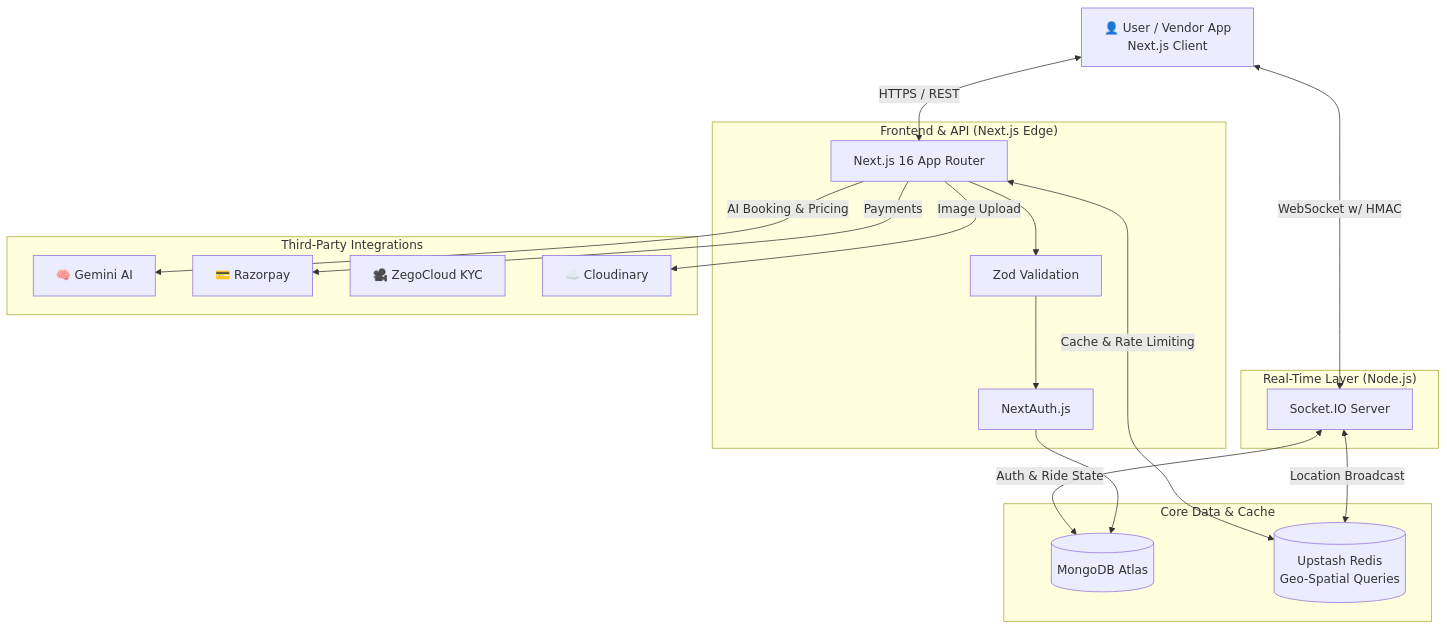
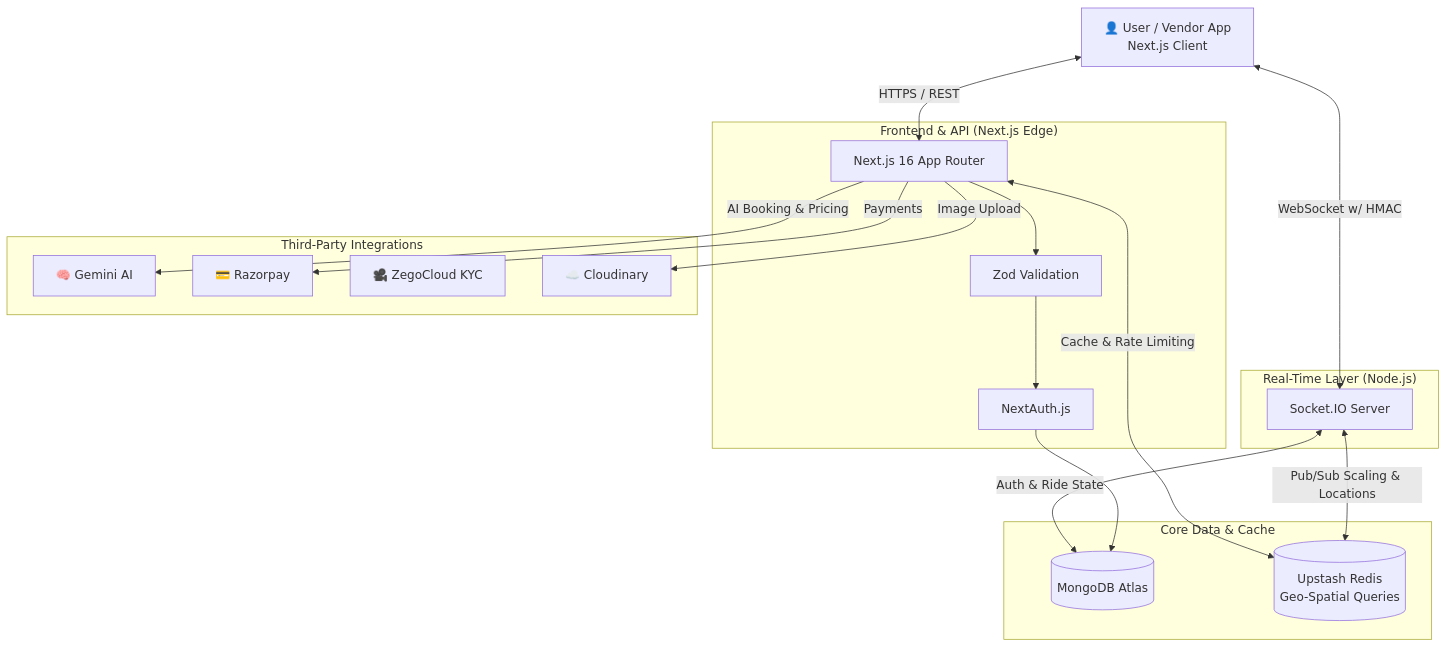
Before and after one commit to mijanur1314/rydex-booking: the diagram in README.md, drawn with Mermaid. The commit also changed other lines of this file, not shown here.

Commit message:
docs: update README with Docker, Redis Adapter, and CI/CD architecture details

````diff
--- a/README.md
+++ b/README.md
@@ -106,41 +110,41 @@
 ```mermaid
 graph TD
     UserClient[👤 User / Vendor App\nNext.js Client]
 
     subgraph "Frontend & API (Next.js Edge)"
     NextJS[Next.js 16 App Router]
     Zod[Zod Validation]
     Auth[NextAuth.js]
     end
 
     subgraph "Real-Time Layer (Node.js)"
     SocketServer[Socket.IO Server]
     end
 
     subgraph "Core Data & Cache"
     MongoDB[(MongoDB Atlas)]
     Redis[(Upstash Redis\nGeo-Spatial Queries)]
     end
 
     subgraph "Third-Party Integrations"
     Gemini[🧠 Gemini AI]
     Razorpay[💳 Razorpay]
     ZegoCloud[🎥 ZegoCloud KYC]
     Cloudinary[☁️ Cloudinary]
     end
 
     UserClient <-->|HTTPS / REST| NextJS
     UserClient <-->|WebSocket w/ HMAC| SocketServer
 
     NextJS --> Zod
     Zod --> Auth
     Auth --> MongoDB
 
     NextJS -->|AI Booking & Pricing| Gemini
     NextJS -->|Payments| Razorpay
     NextJS -->|Image Upload| Cloudinary
 
-    SocketServer <-->|Location Broadcast| Redis
+    SocketServer <-->|Pub/Sub Scaling & Locations| Redis
     SocketServer <-->|Auth & Ride State| MongoDB
     NextJS <-->|Cache & Rate Limiting| Redis
 ```
````
